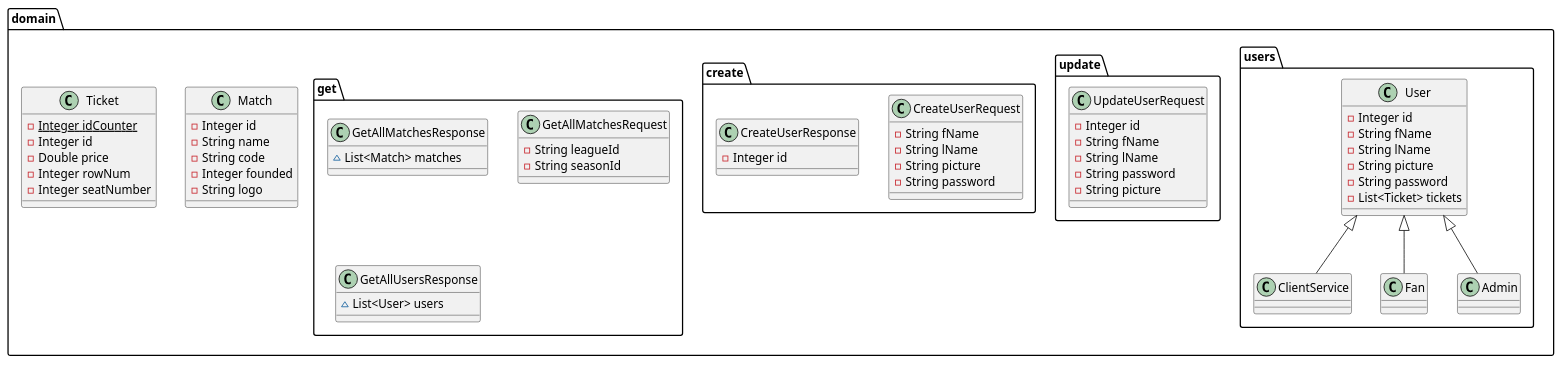
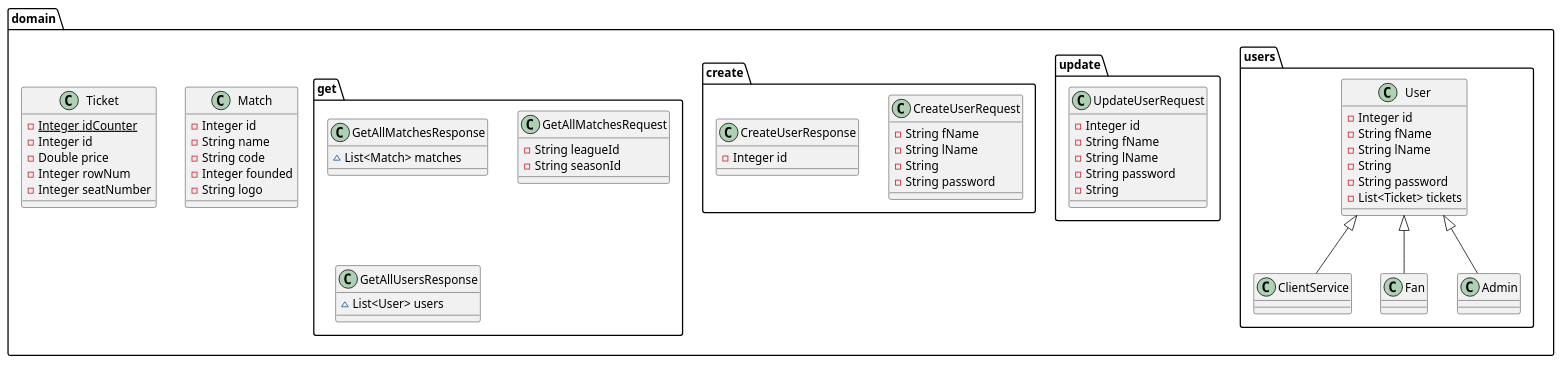
One commit to nazim117/Individual-Back-end changed the diagram in documents/domain-c4.puml. Above: the diagram before and after it, drawn with PlantUML. The commit also changed 29 other files, not shown here.

```diff
--- a/documents/domain-c4.puml
+++ b/documents/domain-c4.puml
@@ -1,70 +1,70 @@
 @startuml
 class domain.users.ClientService {
 }
 class domain.update.UpdateUserRequest {
 - Integer id
 - String fName
 - String lName
 - String password
-- String picture
+- String
 }
 
 class domain.create.CreateUserRequest {
 - String fName
 - String lName
-- String picture
+- String
 - String password
 }
 
 class domain.Match {
 - Integer id
 - String name
 - String code
 - Integer founded
 - String logo
 }
 
 class domain.users.Fan {
 }
 class domain.Ticket {
 - {static} Integer idCounter
 - Integer id
 - Double price
 - Integer rowNum
 - Integer seatNumber
 }
 
 class domain.users.Admin {
 }
 class domain.create.CreateUserResponse {
 - Integer id
 }
 
 class domain.get.GetAllMatchesResponse {
 ~ List<Match> matches
 }
 
 class domain.get.GetAllMatchesRequest {
 - String leagueId
 - String seasonId
 }
 
 class domain.users.User {
 - Integer id
 - String fName
 - String lName
-- String picture
+- String
 - String password
 - List<Ticket> tickets
 }
 
 class domain.get.GetAllUsersResponse {
 ~ List<User> users
 }
 
 
 
 domain.users.User <|-- domain.users.ClientService
 domain.users.User <|-- domain.users.Fan
 domain.users.User <|-- domain.users.Admin
 @enduml
```
